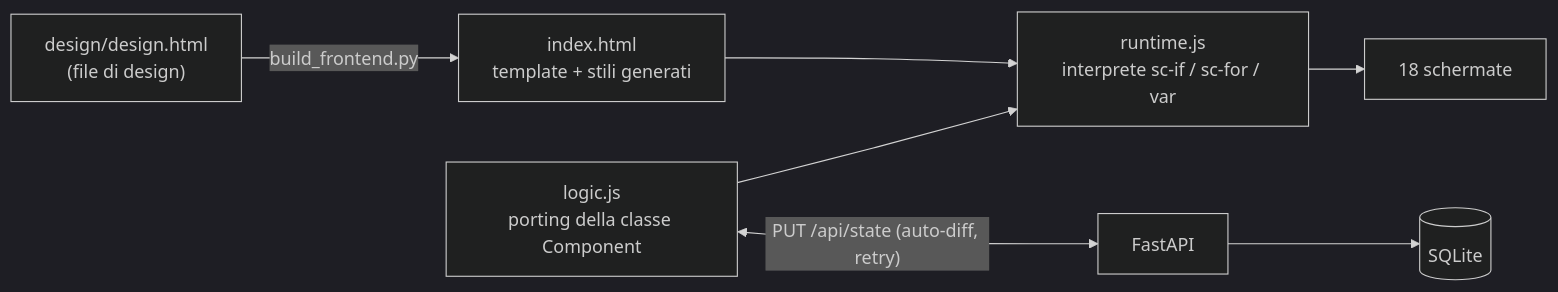
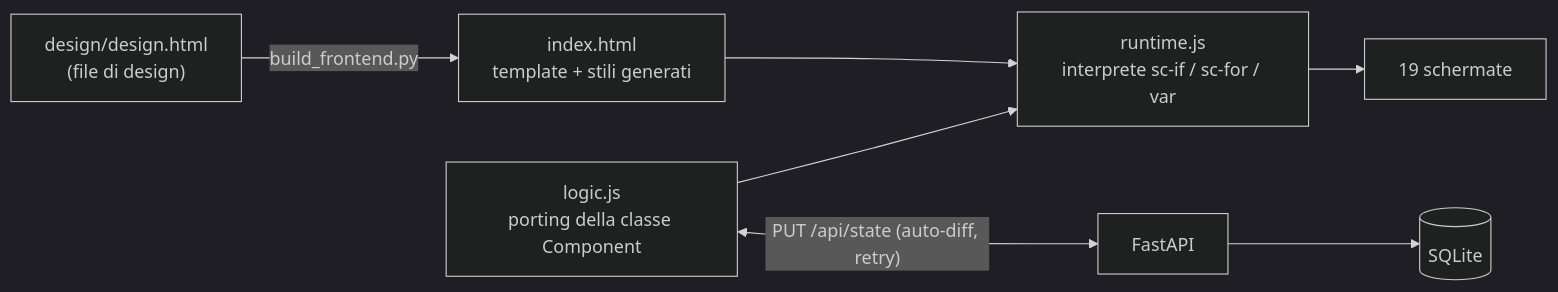
The diagram in README.md (It-Energy-Ai/Logistica_Gas_Natural_Up_Stream), drawn with Mermaid (dark theme) before and after one commit. The commit also changed other lines of this file and 12 other files, not shown here.

````diff
--- a/README.md
+++ b/README.md
@@ -78,9 +78,9 @@
 ```mermaid
 flowchart LR
     D["design/design.html<br>(file di design)"] -->|build_frontend.py| T["index.html<br>template + stili generati"]
     T --> R["runtime.js<br>interprete sc-if / sc-for / var"]
     L["logic.js<br>porting della classe Component"] --> R
-    R --> UI["18 schermate"]
+    R --> UI["19 schermate"]
     L <-->|"PUT /api/state (auto-diff, retry)"| B["FastAPI"]
     B --> DB[("SQLite")]
 ```
````
